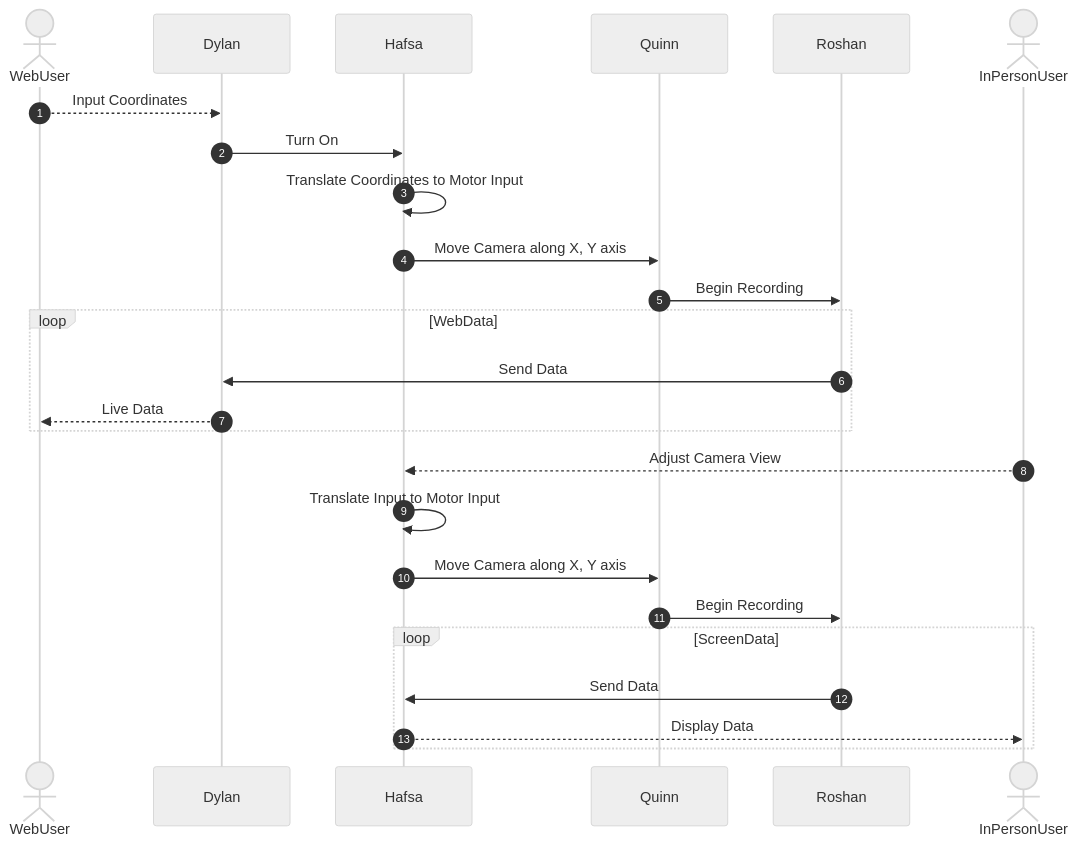
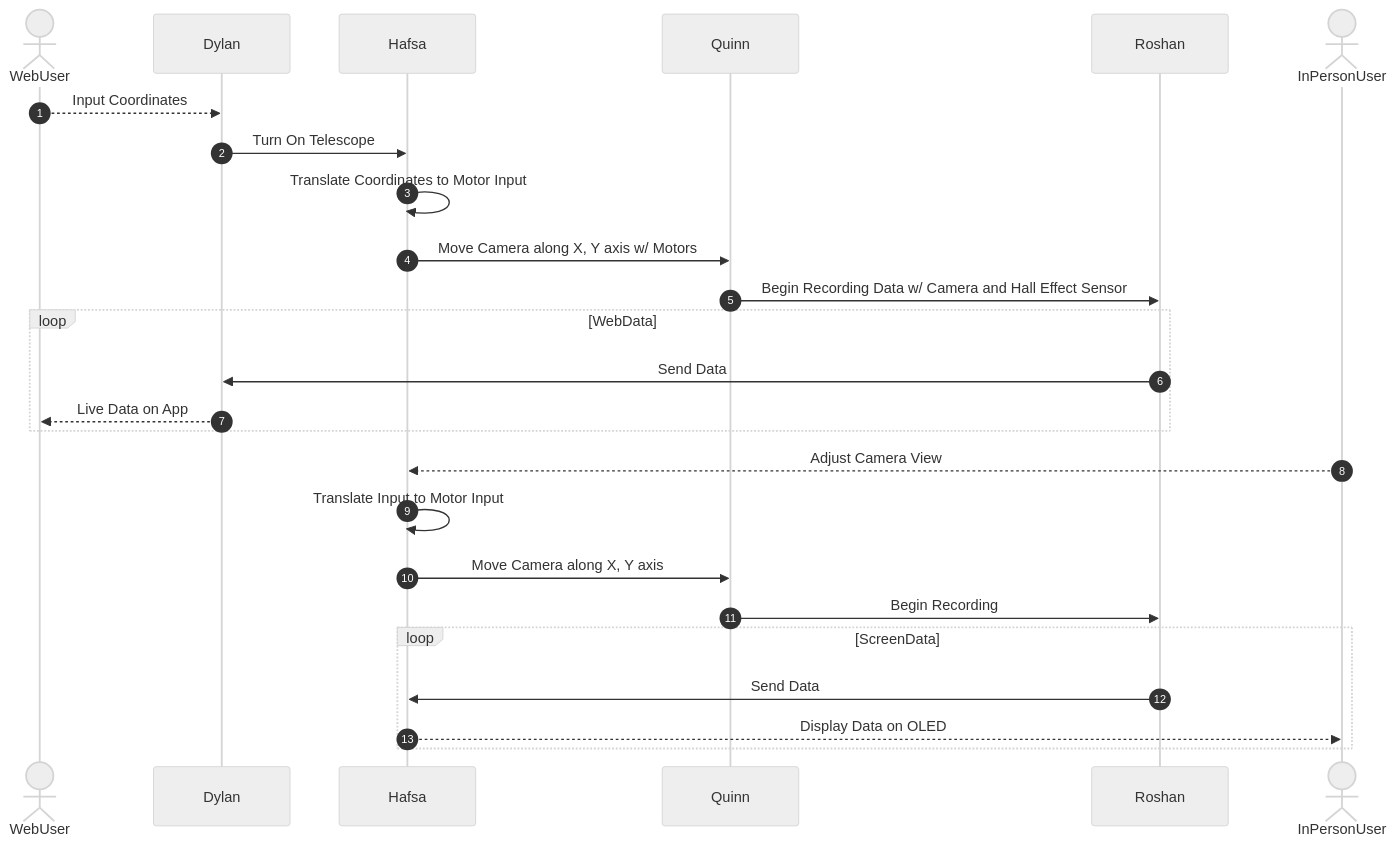
Before and after one commit to EGR314-S-2026-304/EGR314-S-2026-304.github.io: the diagram in docs/04-Team-Diagram.md, drawn with Mermaid (neutral theme). The commit also changed other lines of this file, not shown here.

````diff
--- a/docs/04-Team-Diagram.md
+++ b/docs/04-Team-Diagram.md
@@ -11,23 +11,23 @@
 ``` mermaid
 sequenceDiagram
   autonumber
   actor WebUser
   WebUser-->>Dylan: Input Coordinates
-  Dylan->>Hafsa: Turn On
+  Dylan->>Hafsa: Turn On Telescope
   Hafsa->>Hafsa: Translate Coordinates to Motor Input
-  Hafsa->>Quinn: Move Camera along X, Y axis
-  Quinn->>Roshan: Begin Recording
+  Hafsa->>Quinn: Move Camera along X, Y axis w/ Motors
+  Quinn->>Roshan: Begin Recording Data w/ Camera and Hall Effect Sensor
   loop WebData
     Roshan->>Dylan: Send Data
-    Dylan-->>WebUser: Live Data
+    Dylan-->>WebUser: Live Data on App
   end
   actor InPersonUser
   InPersonUser-->>Hafsa: Adjust Camera View
   Hafsa->>Hafsa: Translate Input to Motor Input
   Hafsa->>Quinn: Move Camera along X, Y axis
   Quinn->>Roshan: Begin Recording
   loop ScreenData
     Roshan->>Hafsa: Send Data
-    Hafsa-->>InPersonUser: Display Data
+    Hafsa-->>InPersonUser: Display Data on OLED
   end
 ```
````
